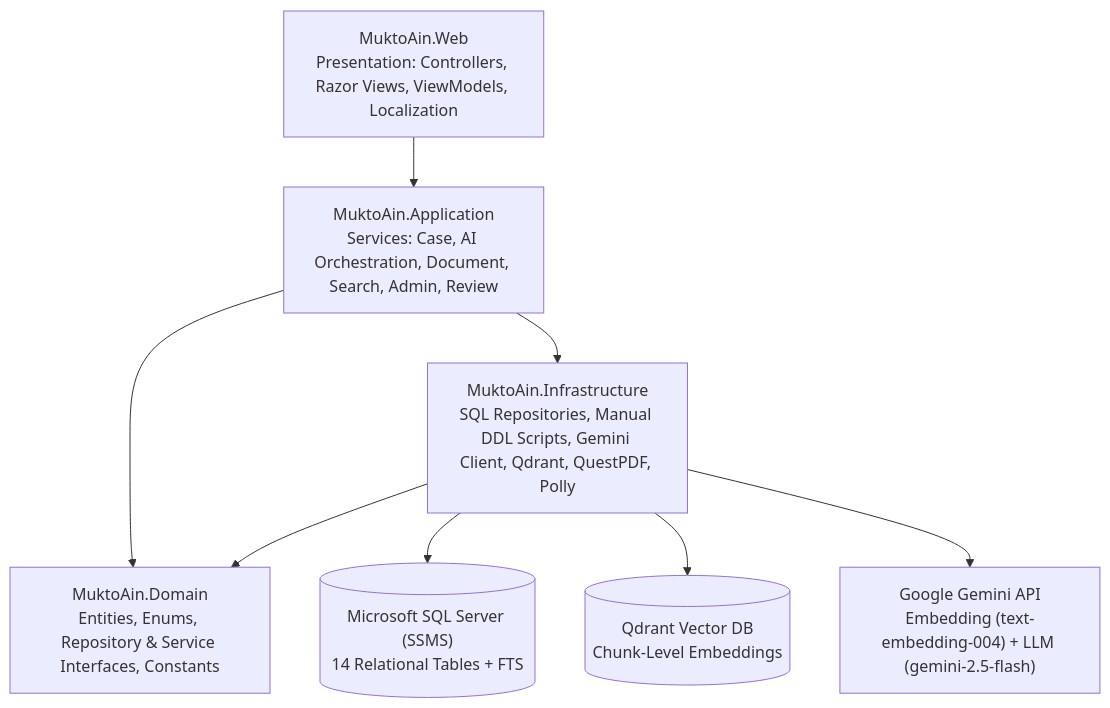
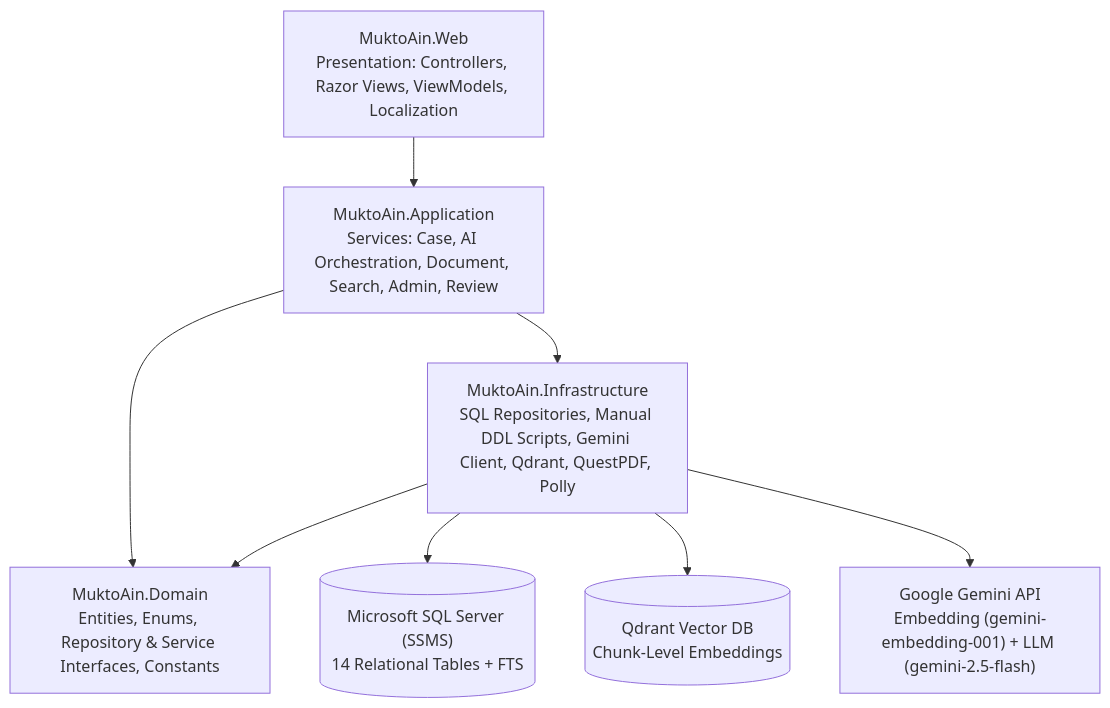
The diagram in .agent/spec/design.md (shads-01/muktoAin-ISD), drawn with Mermaid before and after one commit. The commit also changed other lines of this file and 6 other files, not shown here.

Commit message:
docs: update execution plans, architecture specs, and 3072-dim model references

````diff
--- a/.agent/spec/design.md
+++ b/.agent/spec/design.md
@@ -9,17 +9,17 @@
 ```mermaid
 flowchart TD
     A["MuktoAin.Web
 Presentation: Controllers, Razor Views, ViewModels, Localization"] --> B["MuktoAin.Application
 Services: Case, AI Orchestration, Document, Search, Admin, Review"]
     B --> C["MuktoAin.Domain
 Entities, Enums, Repository & Service Interfaces, Constants"]
     B --> D["MuktoAin.Infrastructure
 SQL Repositories, Manual DDL Scripts, Gemini Client, Qdrant, QuestPDF, Polly"]
     D --> C
     D --> E[("Microsoft SQL Server (SSMS)
 14 Relational Tables + FTS")]
     D --> F[("Qdrant Vector DB
 Chunk-Level Embeddings")]
     D --> G["Google Gemini API
-Embedding (text-embedding-004) + LLM (gemini-2.5-flash)"]
+Embedding (gemini-embedding-001) + LLM (gemini-2.5-flash)"]
 ```
````
